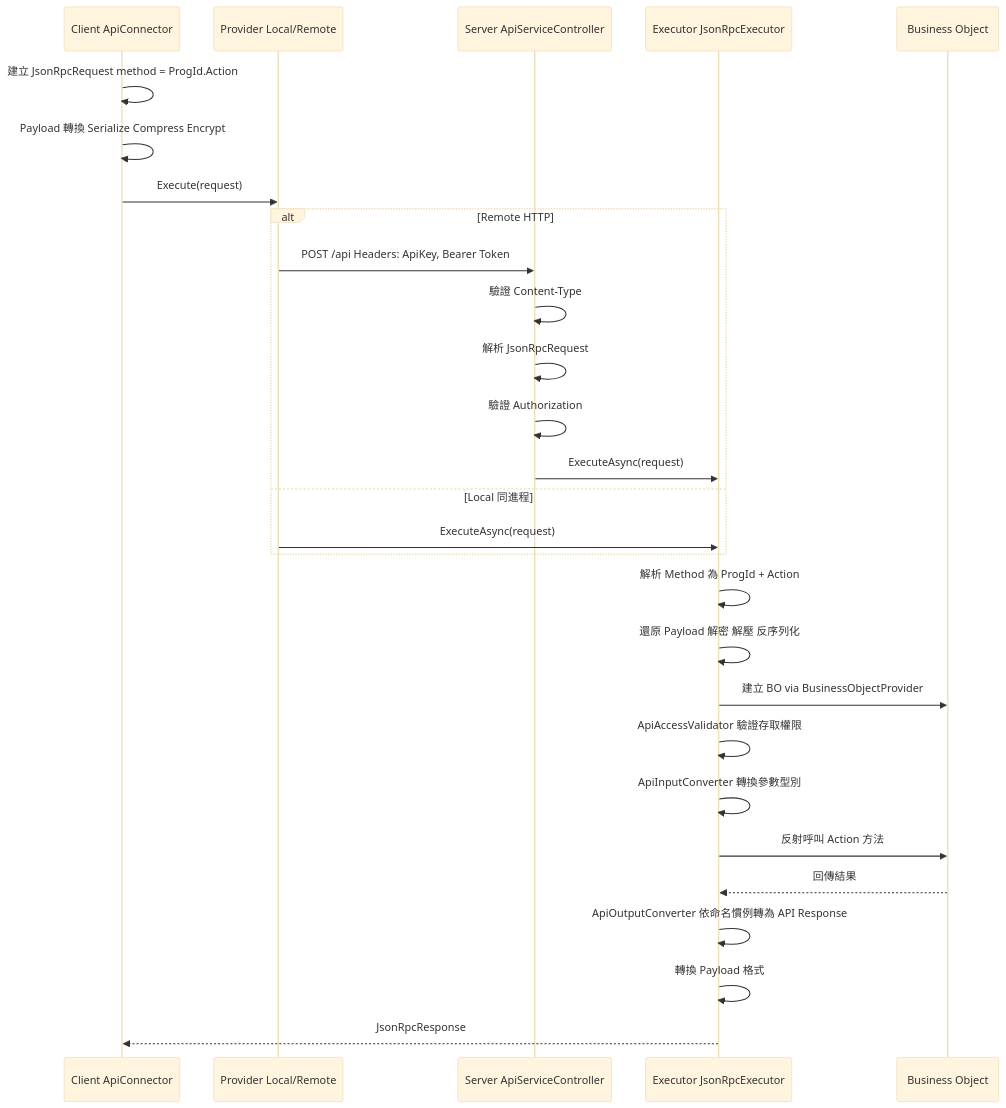
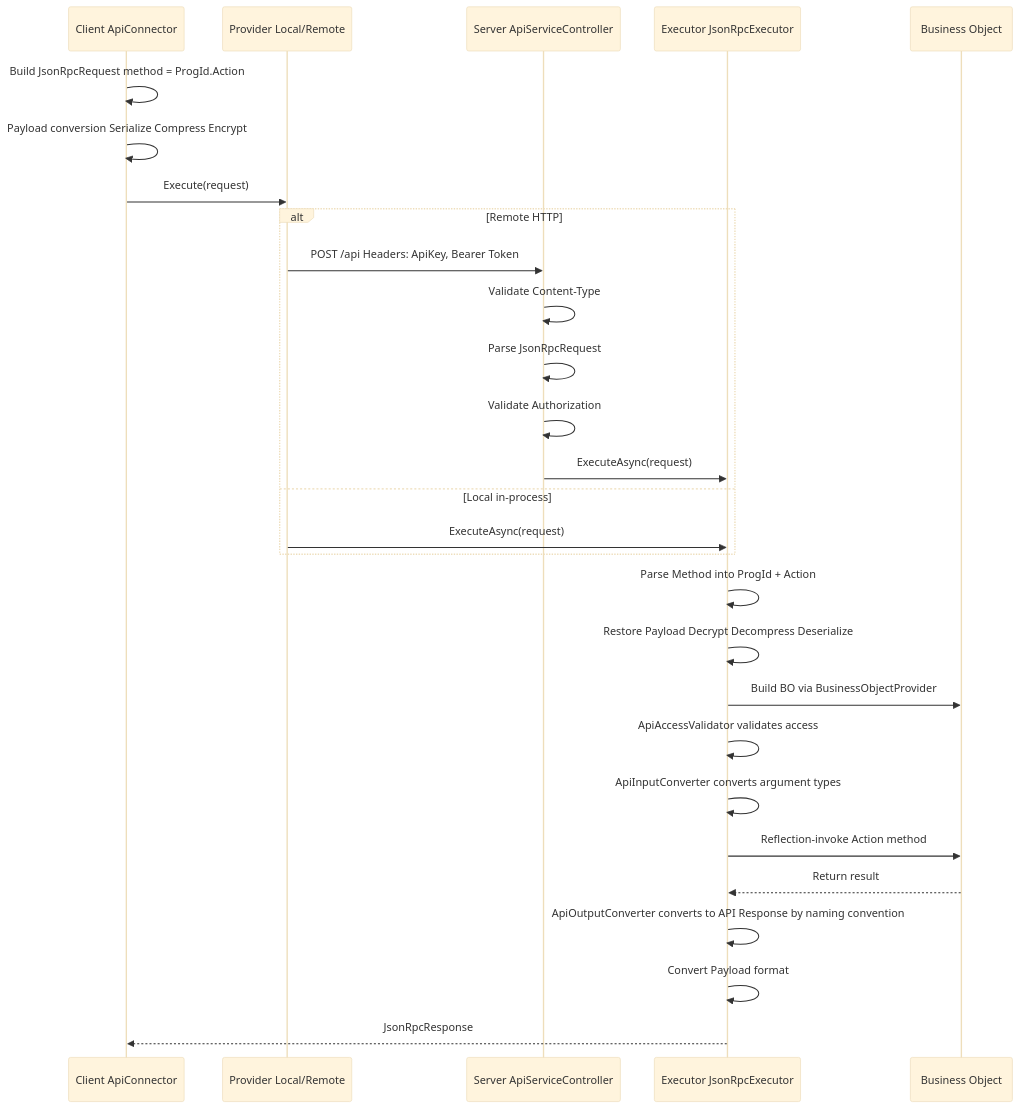
The diagram in docs/development-cookbook.md (jeff377/bee-library), drawn with Mermaid (base theme) before and after one commit. The commit also changed other lines of this file and 10 other files, not shown here.

````diff
--- a/docs/development-cookbook.md
+++ b/docs/development-cookbook.md
@@ -37,33 +39,33 @@
 ```mermaid
 sequenceDiagram
     participant C as Client ApiConnector
     participant P as Provider Local/Remote
     participant S as Server ApiServiceController
     participant E as Executor JsonRpcExecutor
     participant B as Business Object
 
-    C->>C: 建立 JsonRpcRequest method = ProgId.Action
-    C->>C: Payload 轉換 Serialize Compress Encrypt
+    C->>C: Build JsonRpcRequest method = ProgId.Action
+    C->>C: Payload conversion Serialize Compress Encrypt
     C->>P: Execute(request)
 
     alt Remote HTTP
         P->>S: POST /api Headers: ApiKey, Bearer Token
-        S->>S: 驗證 Content-Type
-        S->>S: 解析 JsonRpcRequest
-        S->>S: 驗證 Authorization
+        S->>S: Validate Content-Type
+        S->>S: Parse JsonRpcRequest
+        S->>S: Validate Authorization
         S->>E: ExecuteAsync(request)
-    else Local 同進程
+    else Local in-process
         P->>E: ExecuteAsync(request)
     end
 
-    E->>E: 解析 Method 為 ProgId + Action
-    E->>E: 還原 Payload 解密 解壓 反序列化
-    E->>B: 建立 BO via BusinessObjectProvider
-    E->>E: ApiAccessValidator 驗證存取權限
-    E->>E: ApiInputConverter 轉換參數型別
-    E->>B: 反射呼叫 Action 方法
-    B-->>E: 回傳結果
-    E->>E: ApiOutputConverter 依命名慣例轉為 API Response
-    E->>E: 轉換 Payload 格式
+    E->>E: Parse Method into ProgId + Action
+    E->>E: Restore Payload Decrypt Decompress Deserialize
+    E->>B: Build BO via BusinessObjectProvider
+    E->>E: ApiAccessValidator validates access
+    E->>E: ApiInputConverter converts argument types
+    E->>B: Reflection-invoke Action method
+    B-->>E: Return result
+    E->>E: ApiOutputConverter converts to API Response by naming convention
+    E->>E: Convert Payload format
     E-->>C: JsonRpcResponse
 ```
````
